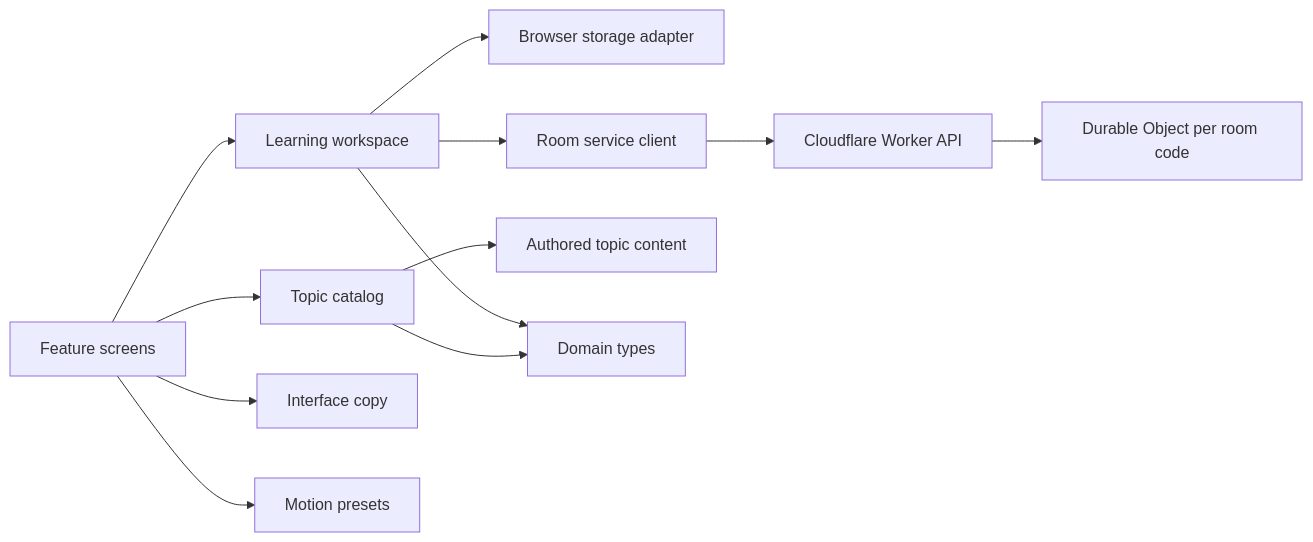
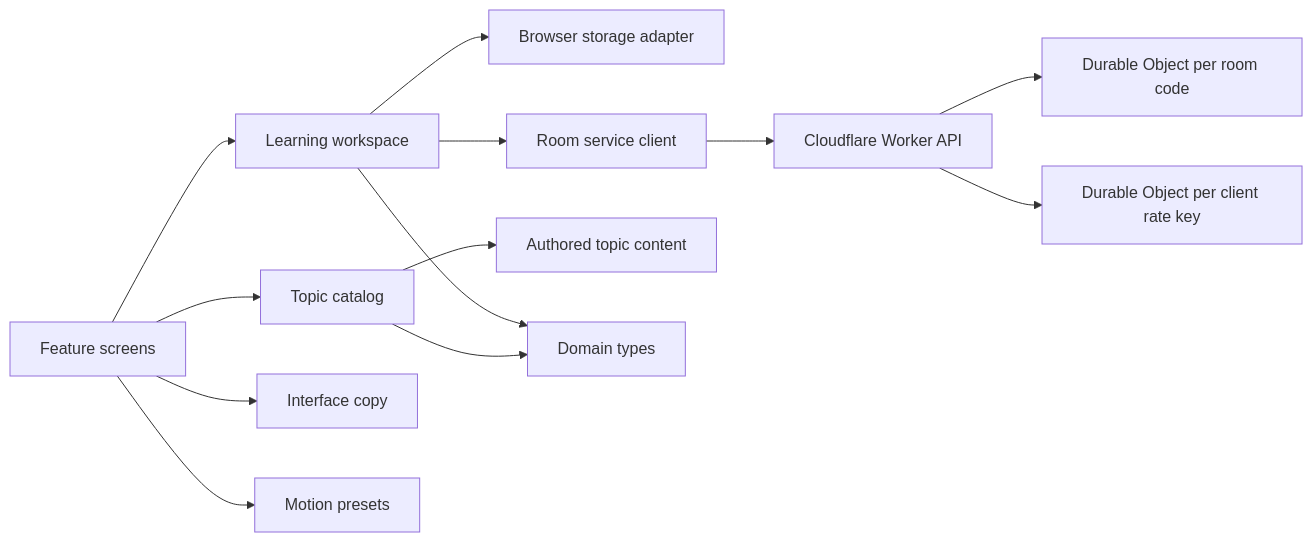
Before and after one commit to RobTar97/linguaflow: the diagram in docs/ARCHITECTURE.md, drawn with Mermaid. The commit also changed other lines of this file and 28 other files, not shown here.

````diff
--- a/docs/ARCHITECTURE.md
+++ b/docs/ARCHITECTURE.md
@@ -6,14 +6,15 @@
 ```mermaid
 flowchart LR
   UI[Feature screens] --> WS[Learning workspace]
   UI --> CAT[Topic catalog]
   UI --> I18N[Interface copy]
   WS --> STORE[Browser storage adapter]
   WS --> API[Room service client]
   API --> WORKER[Cloudflare Worker API]
   WORKER --> DO[Durable Object per room code]
+  WORKER --> RATE[Durable Object per client rate key]
   CAT --> CONTENT[Authored topic content]
   WS --> DOMAIN[Domain types]
   CAT --> DOMAIN
   UI --> MOTION[Motion presets]
 ```
````
